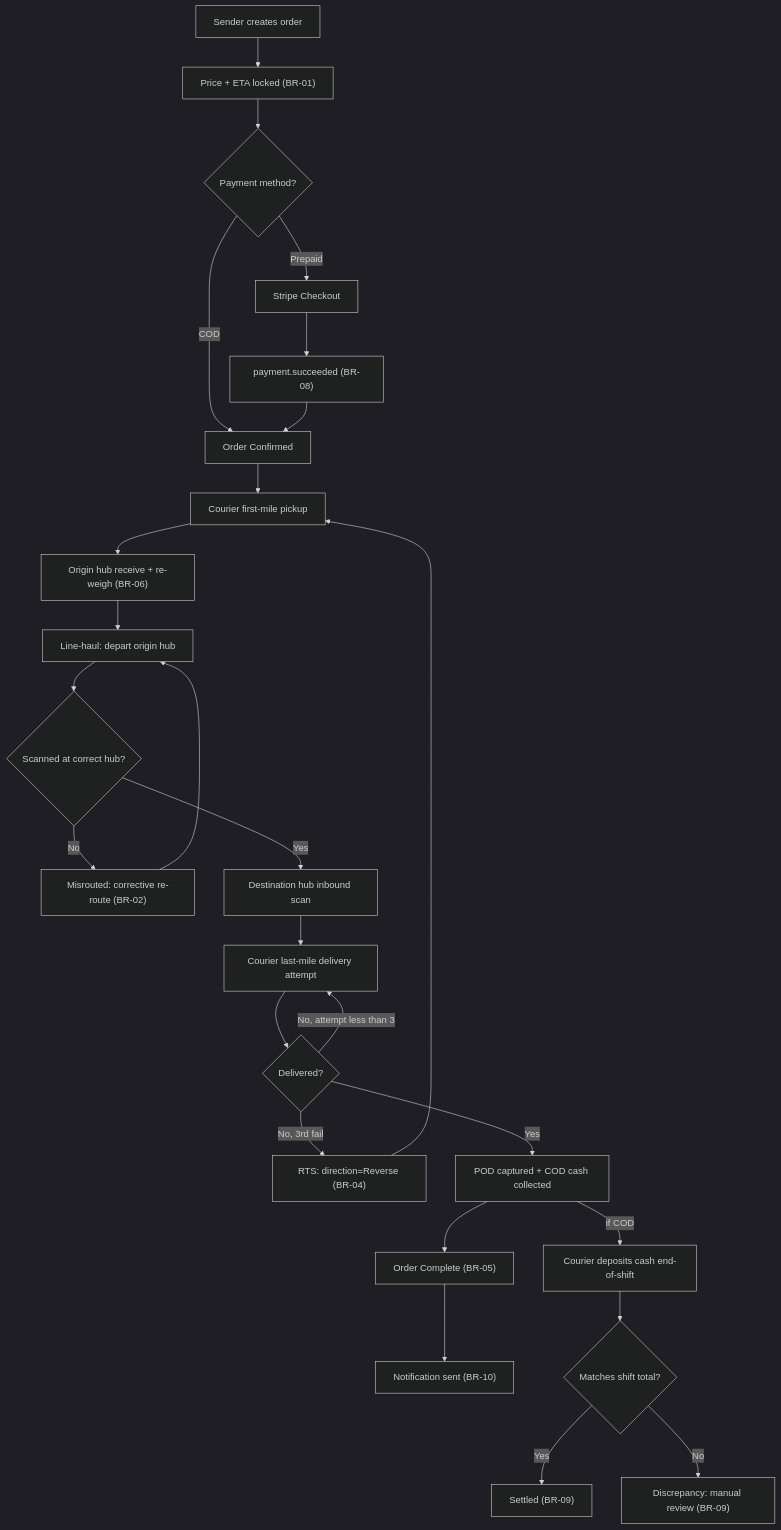
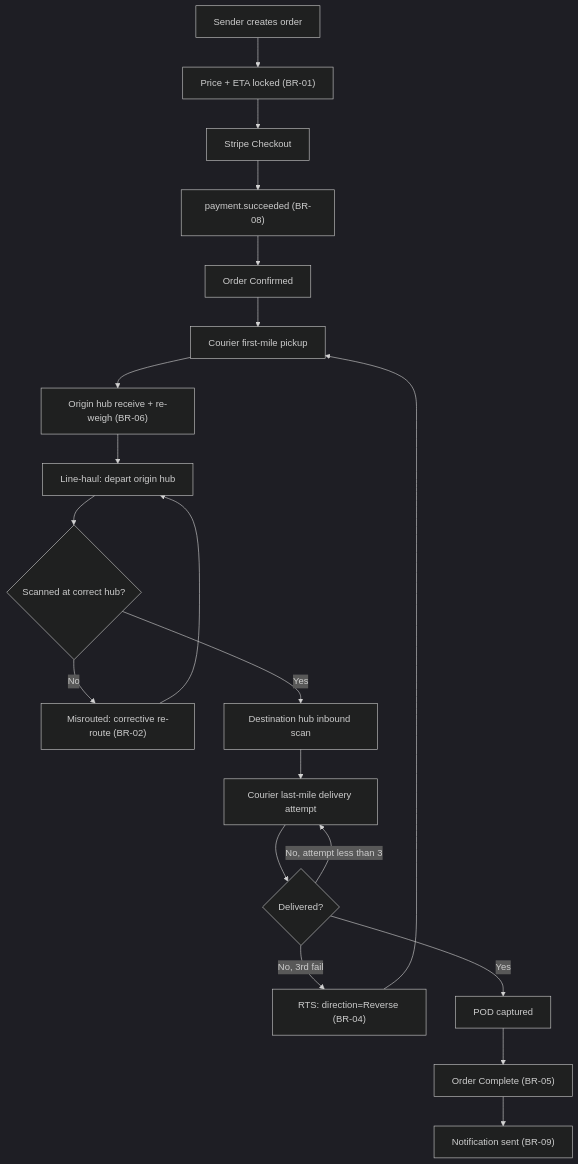
Before and after one commit to dunguyen-311201/nestjs: the diagram in shipping-system/docs/06-specification.md, drawn with Mermaid (dark theme). The commit also changed other lines of this file and 9 other files, not shown here.

````diff
--- a/shipping-system/docs/06-specification.md
+++ b/shipping-system/docs/06-specification.md
@@ -39,28 +38,22 @@
 ```mermaid
 flowchart TD
     A["Sender creates order"] --> B["Price + ETA locked (BR-01)"]
-    B --> C{"Payment method?"}
-    C -->|Prepaid| D["Stripe Checkout"]
+    B --> D["Stripe Checkout"]
     D --> E["payment.succeeded (BR-08)"]
-    C -->|COD| F["Order Confirmed"]
-    E --> F
+    E --> F["Order Confirmed"]
     F --> G["Courier first-mile pickup"]
     G --> H["Origin hub receive + re-weigh (BR-06)"]
     H --> I["Line-haul: depart origin hub"]
     I --> J{"Scanned at correct hub?"}
     J -->|No| K["Misrouted: corrective re-route (BR-02)"]
     K --> I
     J -->|Yes| L["Destination hub inbound scan"]
     L --> M["Courier last-mile delivery attempt"]
     M --> N{"Delivered?"}
     N -->|No, attempt less than 3| M
     N -->|No, 3rd fail| P["RTS: direction=Reverse (BR-04)"]
     P --> G
-    N -->|Yes| O["POD captured + COD cash collected"]
+    N -->|Yes| O["POD captured"]
     O --> Q["Order Complete (BR-05)"]
-    Q --> R["Notification sent (BR-10)"]
-    O -->|if COD| S["Courier deposits cash end-of-shift"]
-    S --> T{"Matches shift total?"}
-    T -->|Yes| U["Settled (BR-09)"]
-    T -->|No| V["Discrepancy: manual review (BR-09)"]
+    Q --> R["Notification sent (BR-09)"]
 ```
````
